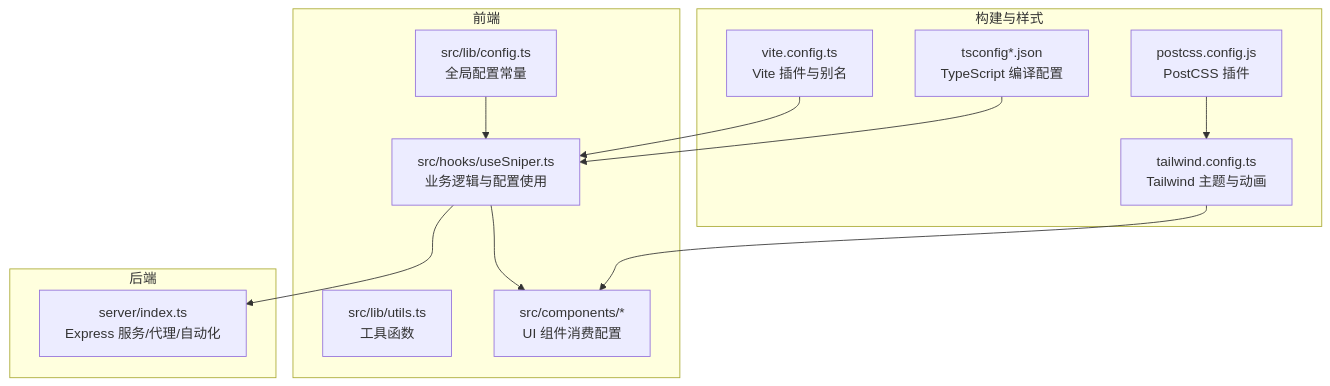
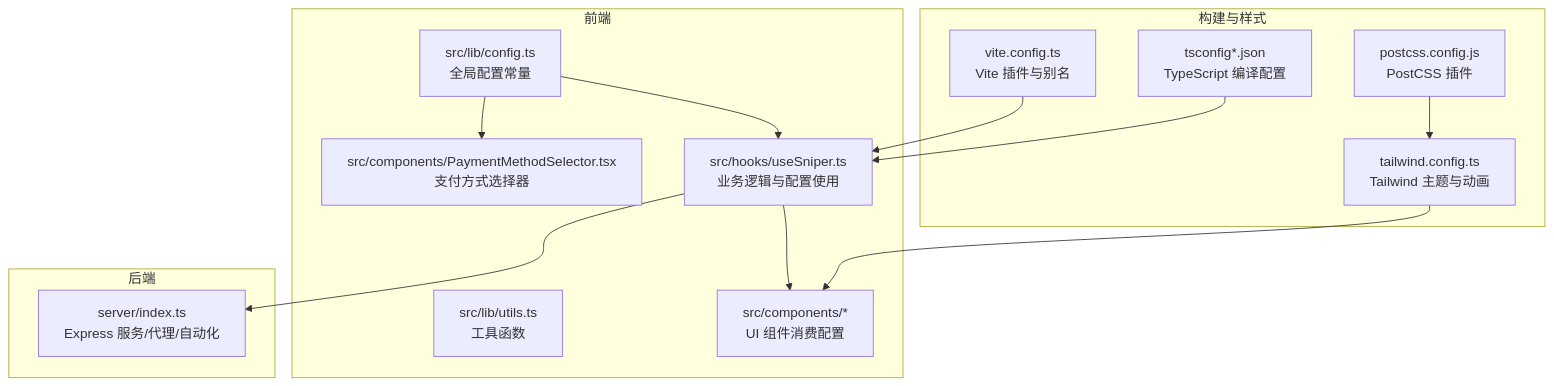
Before and after one commit to 16499259-oss/GLM-sniper: the first of 3 diagrams in .qoder/repowiki/zh/content/配置管理.md, drawn with Mermaid. The commit also changed other lines of this file and 6 other files, not shown here.

````diff
--- a/.qoder/repowiki/zh/content/配置管理.md
+++ b/.qoder/repowiki/zh/content/配置管理.md
@@ -44,25 +53,27 @@
 ```mermaid
 graph TB
 subgraph "前端"
 C["src/lib/config.ts<br/>全局配置常量"]
+PM["src/components/PaymentMethodSelector.tsx<br/>支付方式选择器"]
 U["src/lib/utils.ts<br/>工具函数"]
 H["src/hooks/useSniper.ts<br/>业务逻辑与配置使用"]
 P["src/components/*<br/>UI 组件消费配置"]
 end
 subgraph "构建与样式"
 V["vite.config.ts<br/>Vite 插件与别名"]
 T["tsconfig*.json<br/>TypeScript 编译配置"]
 TW["tailwind.config.ts<br/>Tailwind 主题与动画"]
 PC["postcss.config.js<br/>PostCSS 插件"]
 end
 subgraph "后端"
 S["server/index.ts<br/>Express 服务/代理/自动化"]
 end
+C --> PM
 C --> H
 H --> P
 H --> S
 V --> H
 T --> H
 TW --> P
 PC --> TW
 ```
````
